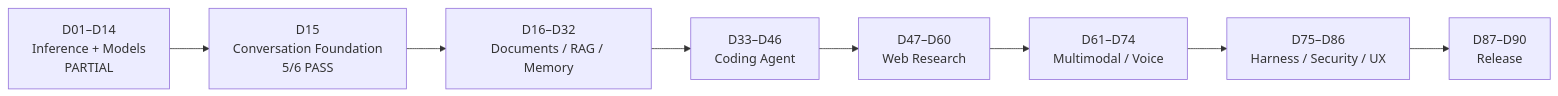
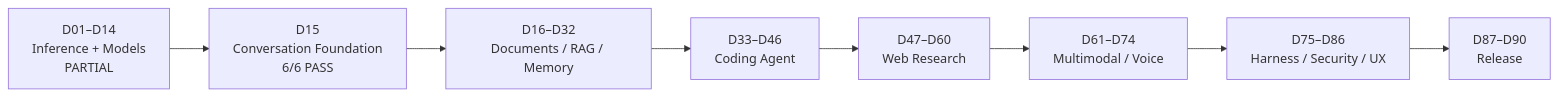
One commit to Leiz-Workspace/local-assistant changed the third of 5 diagrams in docs/LOCAL_ASSISTANT_MASTER_ROADMAP.md. Above: the diagram before and after it, drawn with Mermaid. The commit also changed other lines of this file and 25 other files, not shown here.

````diff
--- a/docs/LOCAL_ASSISTANT_MASTER_ROADMAP.md
+++ b/docs/LOCAL_ASSISTANT_MASTER_ROADMAP.md
@@ -375,10 +377,10 @@
 ```mermaid
 flowchart LR
-  P1["D01–D14\nInference + Models\nPARTIAL"] --> P2["D15\nConversation Foundation\n5/6 PASS"]
+  P1["D01–D14\nInference + Models\nPARTIAL"] --> P2["D15\nConversation Foundation\n6/6 PASS"]
   P2 --> F["D16–D32\nDocuments / RAG / Memory"]
   F --> C["D33–D46\nCoding Agent"]
   C --> W["D47–D60\nWeb Research"]
   W --> M["D61–D74\nMultimodal / Voice"]
   M --> H["D75–D86\nHarness / Security / UX"]
   H --> R["D87–D90\nRelease"]
 ```
````
